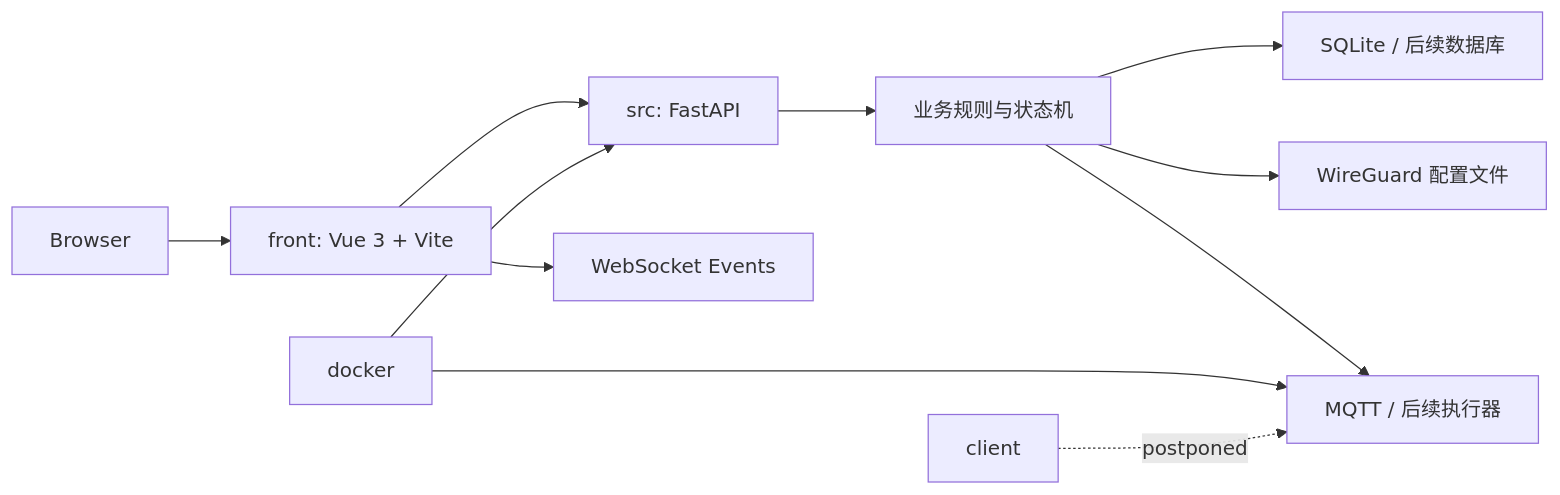
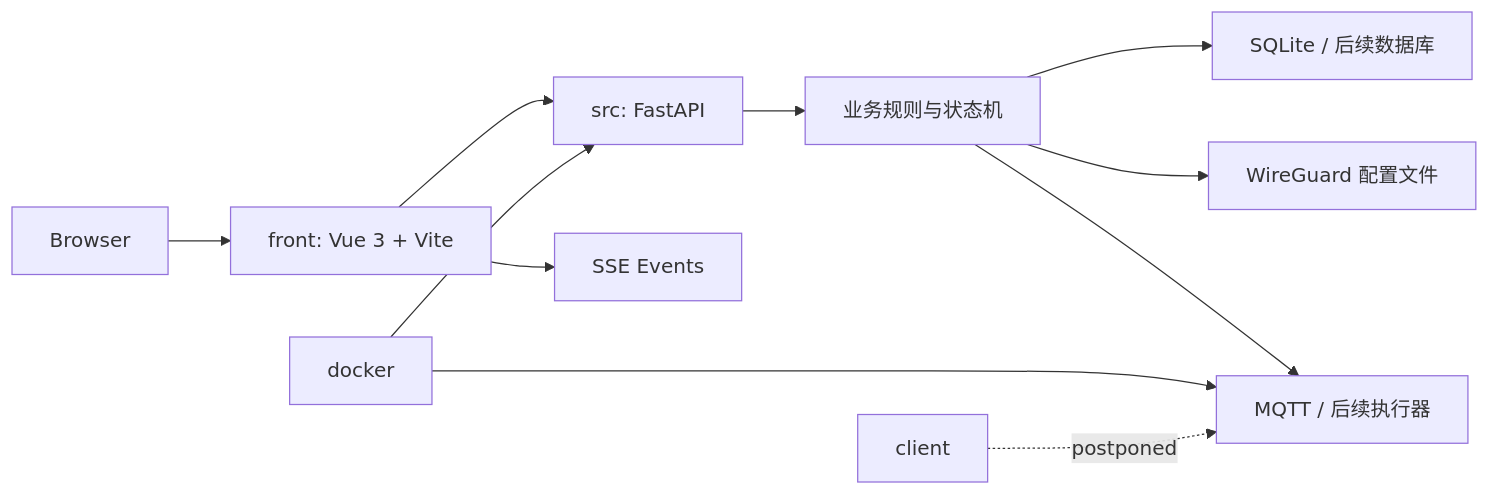
The diagram in docs/总体架构.md (xinghenLuyus/wg-free-mesh), drawn with Mermaid before and after one commit. The commit also changed other lines of this file and 21 other files, not shown here.

````diff
--- a/docs/总体架构.md
+++ b/docs/总体架构.md
@@ -7,13 +7,13 @@
 ```mermaid
 flowchart LR
   Browser["Browser"] --> Front["front: Vue 3 + Vite"]
   Front --> API["src: FastAPI"]
-  Front --> WS["WebSocket Events"]
+  Front --> SSE["SSE Events"]
   API --> Domain["业务规则与状态机"]
   Domain --> DB["SQLite / 后续数据库"]
   Domain --> Files["WireGuard 配置文件"]
   Domain --> MQTT["MQTT / 后续执行器"]
   Docker["docker"] --> API
   Docker --> MQTT
   Client["client"] -. postponed .-> MQTT
 ```
````
